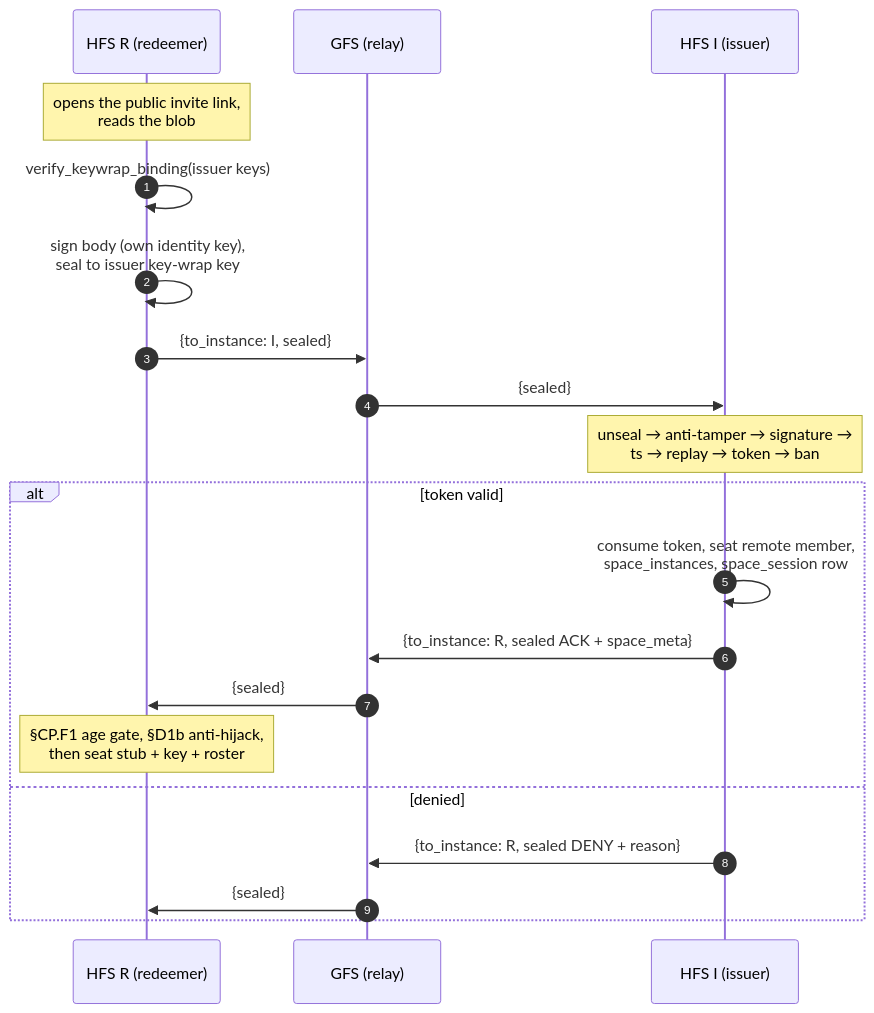
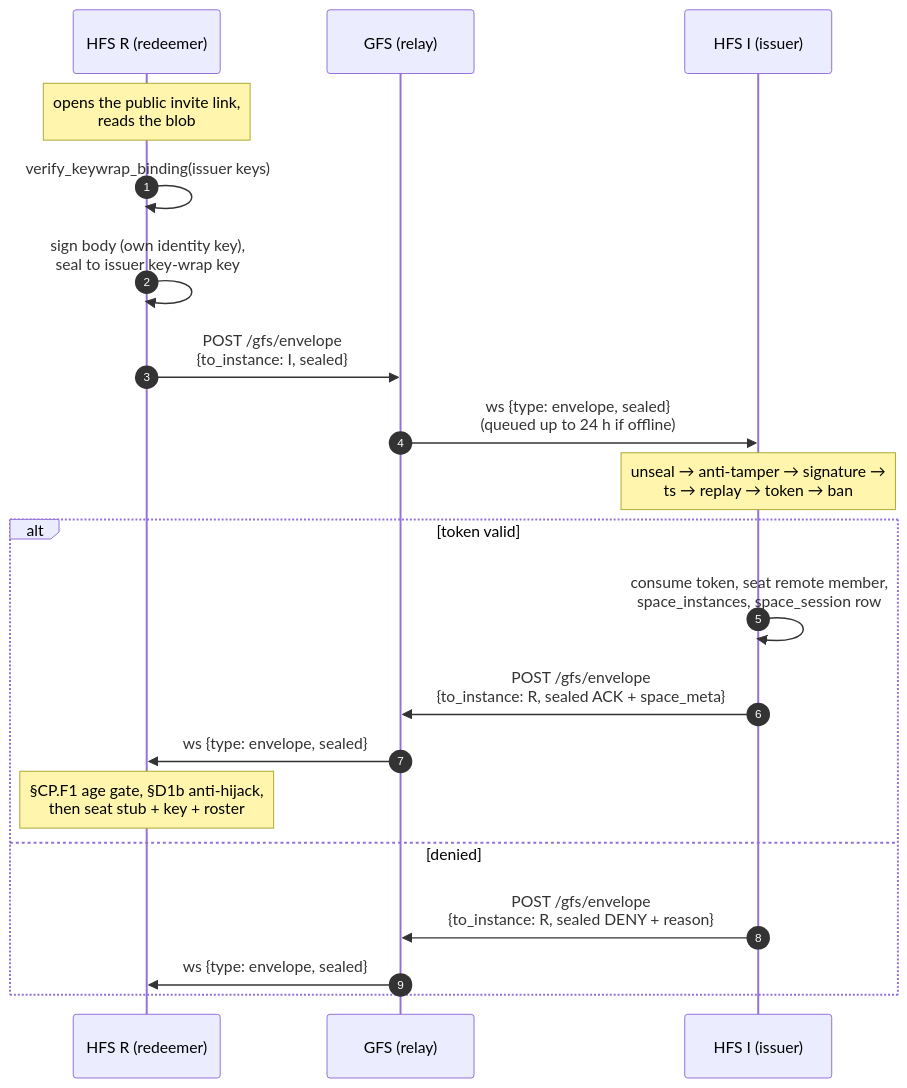
One commit to social-home-io/socialhome changed the first of 3 diagrams in docs/protocol/invites.md. Above: the diagram before and after it, drawn with Mermaid. The commit also changed other lines of this file and 17 other files, not shown here.

````diff
--- a/docs/protocol/invites.md
+++ b/docs/protocol/invites.md
@@ -274,22 +350,22 @@
 ```mermaid
 sequenceDiagram
     autonumber
     participant R as HFS R (redeemer)
     participant G as GFS (relay)
     participant I as HFS I (issuer)
     Note over R: opens the public invite link,<br/>reads the blob
     R->>R: verify_keywrap_binding(issuer keys)
     R->>R: sign body (own identity key),<br/>seal to issuer key-wrap key
-    R->>G: {to_instance: I, sealed}
-    G->>I: {sealed}
+    R->>G: POST /gfs/envelope<br/>{to_instance: I, sealed}
+    G->>I: ws {type: envelope, sealed}<br/>(queued up to 24 h if offline)
     Note over I: unseal → anti-tamper → signature →<br/>ts → replay → token → ban
     alt token valid
         I->>I: consume token, seat remote member,<br/>space_instances, space_session row
-        I->>G: {to_instance: R, sealed ACK + space_meta}
-        G->>R: {sealed}
+        I->>G: POST /gfs/envelope<br/>{to_instance: R, sealed ACK + space_meta}
+        G->>R: ws {type: envelope, sealed}
         Note over R: §CP.F1 age gate, §D1b anti-hijack,<br/>then seat stub + key + roster
     else denied
-        I->>G: {to_instance: R, sealed DENY + reason}
-        G->>R: {sealed}
+        I->>G: POST /gfs/envelope<br/>{to_instance: R, sealed DENY + reason}
+        G->>R: ws {type: envelope, sealed}
     end
 ```
````
